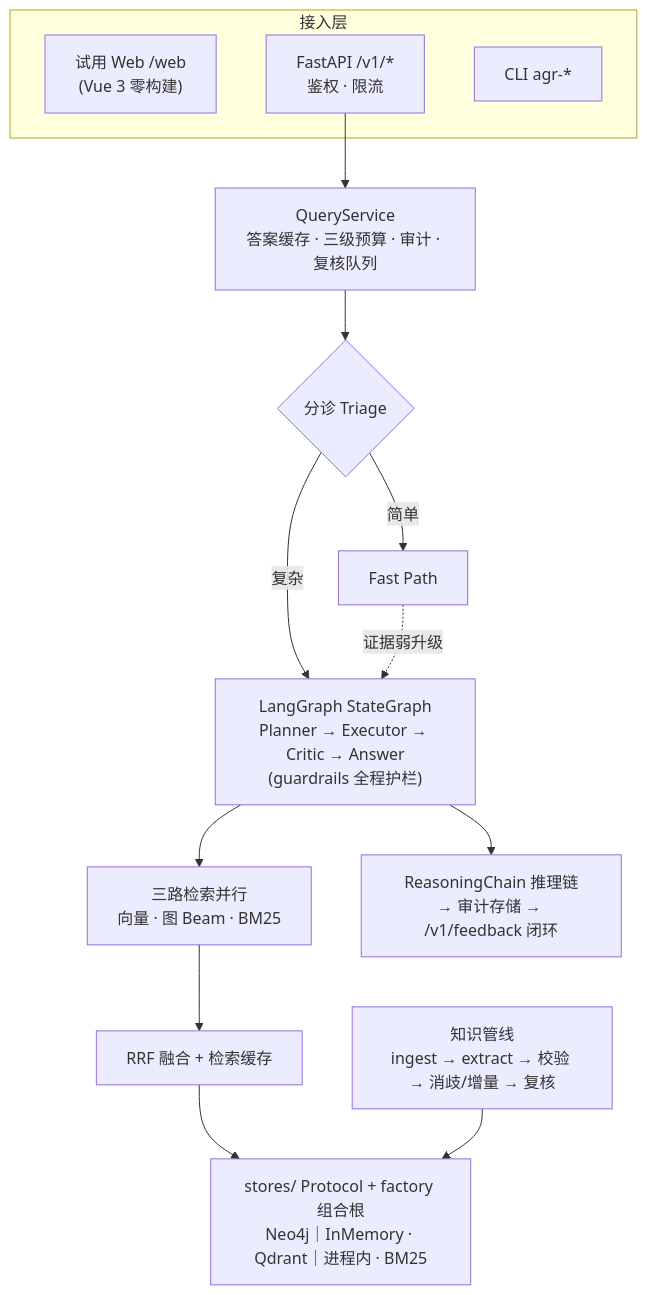
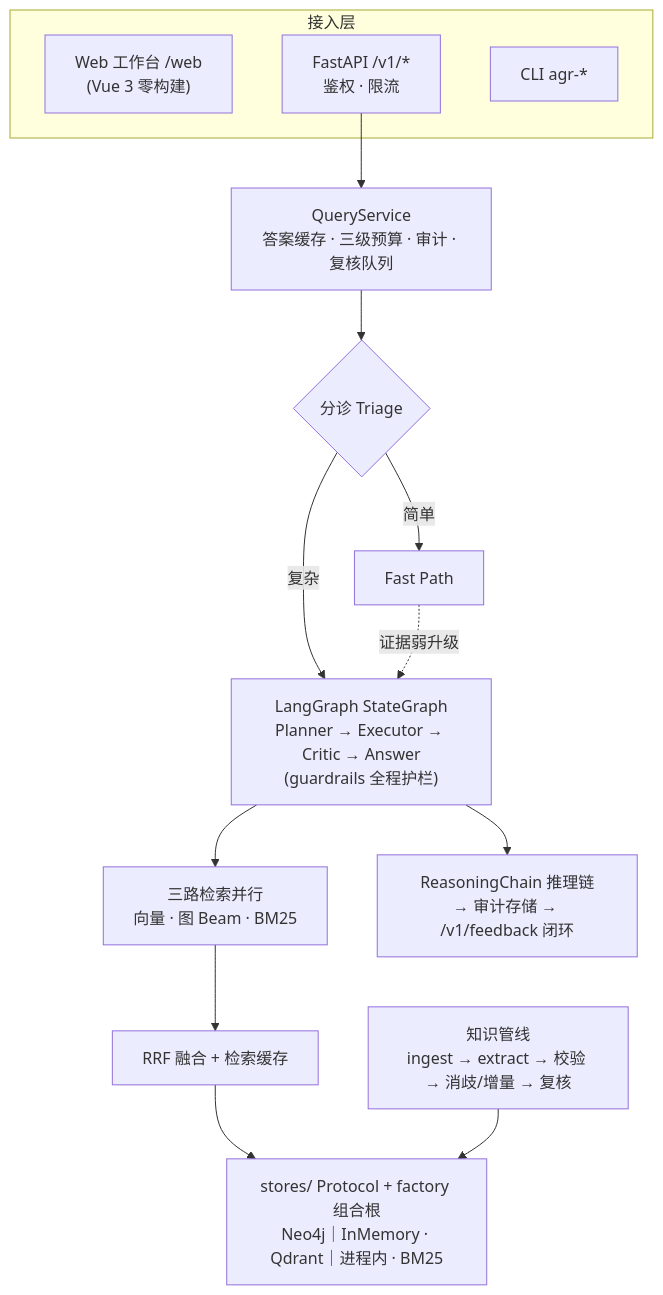
One commit to RightCloudhub/AG changed the diagram in README.md. Above: the diagram before and after it, drawn with Mermaid. The commit also changed other lines of this file and 42 other files, not shown here.

````diff
--- a/README.md
+++ b/README.md
@@ -41,18 +41,18 @@
 ```mermaid
 flowchart TD
     subgraph L1["接入层"]
-        WEB["试用 Web /web<br/>(Vue 3 零构建)"]
+        WEB["Web 工作台 /web<br/>(Vue 3 零构建)"]
         API["FastAPI /v1/*<br/>鉴权 · 限流"]
         CLI["CLI agr-*"]
     end
     API --> SVC["QueryService<br/>答案缓存 · 三级预算 · 审计 · 复核队列"]
     SVC --> TRIAGE{"分诊 Triage"}
     TRIAGE -->|"简单"| FP["Fast Path"]
     TRIAGE -->|"复杂"| AG["LangGraph StateGraph<br/>Planner → Executor → Critic → Answer<br/>(guardrails 全程护栏)"]
     FP -.->|"证据弱升级"| AG
     AG --> RET["三路检索并行<br/>向量 · 图 Beam · BM25"]
     RET --> RRF["RRF 融合 + 检索缓存"]
     RRF --> STORES["stores/ Protocol + factory 组合根<br/>Neo4j｜InMemory · Qdrant｜进程内 · BM25"]
     KP["知识管线<br/>ingest → extract → 校验 → 消歧/增量 → 复核"] --> STORES
     AG --> CHAIN["ReasoningChain 推理链<br/>→ 审计存储 → /v1/feedback 闭环"]
 ```
````
